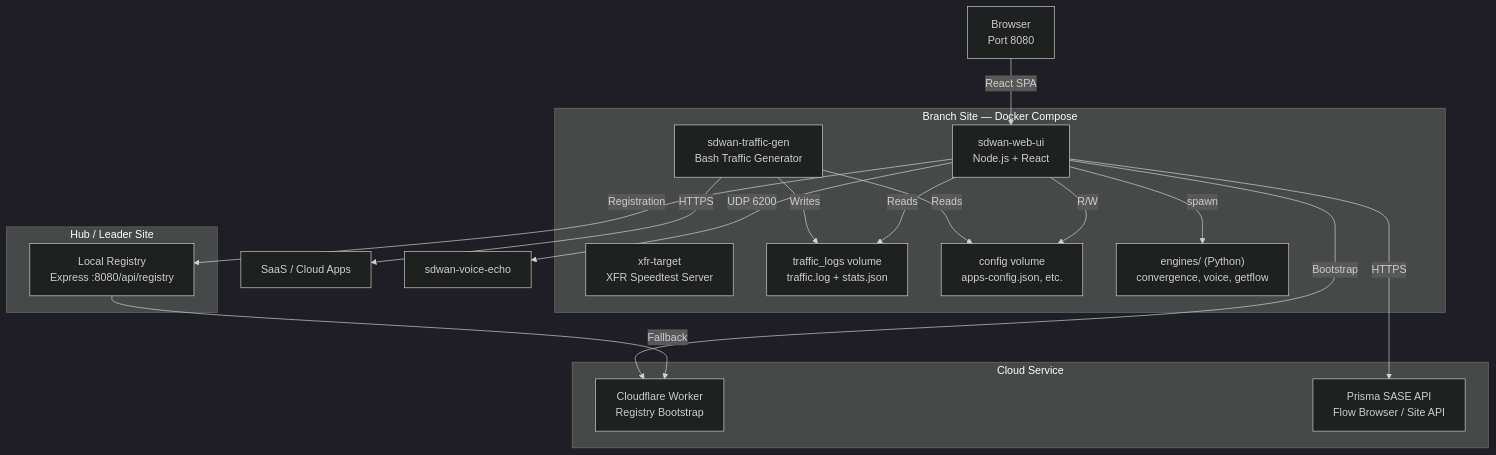
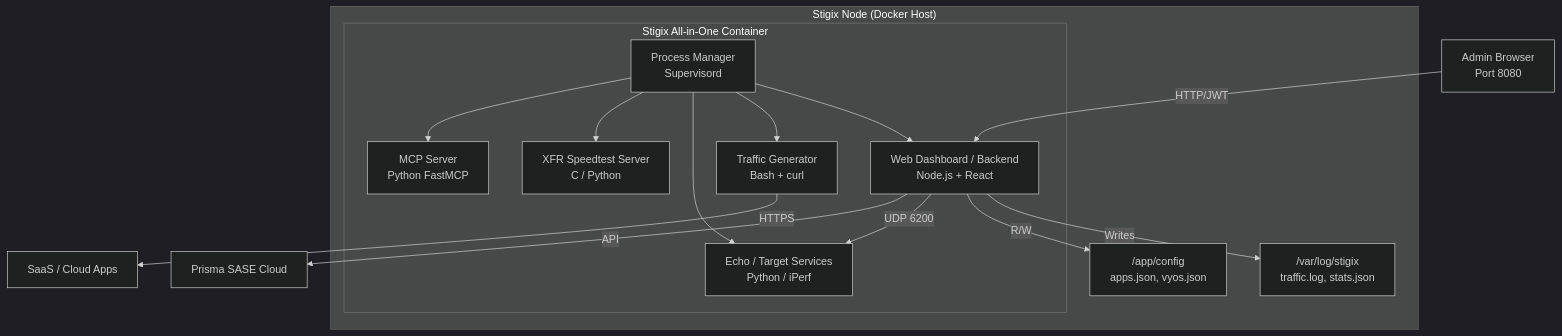
One commit to jsuzanne/stigix changed the diagram in SPECIFICATION.md. Above: the diagram before and after it, drawn with Mermaid (dark theme). The commit also changed other lines of this file and 25 other files, not shown here.

First line of the commit message:
v1.2.1-patch.248: feat: All-in-One deployment and UX refinements

````diff
--- a/SPECIFICATION.md
+++ b/SPECIFICATION.md
@@ -42,31 +39,27 @@
 ```mermaid
 graph TB
-    subgraph "Branch Site — Docker Compose"
-        TG["sdwan-traffic-gen\nBash Traffic Generator"]
-        WEB["sdwan-web-ui\nNode.js + React"]
-        XFR["xfr-target\nXFR Speedtest Server"]
+    subgraph "Stigix Node (Docker Host)"
+        subgraph "Stigix All-in-One Container"
+            WEB["Web Dashboard / Backend\nNode.js + React"]
+            TG["Traffic Generator\nBash + curl"]
+            ECHO["Echo / Target Services\nPython / iPerf"]
+            XFR["XFR Speedtest Server\nC / Python"]
+            MCP["MCP Server\nPython FastMCP"]
+            
+            SUPER["Process Manager\nSupervisord"]
+            SUPER --> WEB
+            SUPER --> TG
+            SUPER --> ECHO
+            SUPER --> XFR
+            SUPER --> MCP
+        end
 
-        TG -->|Writes| LOGS["traffic_logs volume\ntraffic.log + stats.json"]
-        TG -->|Reads| CONF["config volume\napps-config.json, etc."]
-        WEB -->|Reads| LOGS
-        WEB -->|R/W| CONF
-        WEB -->|spawn| ENG["engines/ (Python)\nconvergence, voice, getflow"]
+        WEB -->|Writes| LOGS["/var/log/stigix\ntraffic.log, stats.json"]
+        WEB -->|R/W| CONF["/app/config\napps.json, vyos.json"]
     end
 
-    subgraph "Hub / Leader Site"
-        REG["Local Registry\nExpress :8080/api/registry"]
-    end
-
-    subgraph "Cloud Service"
-        CF["Cloudflare Worker\nRegistry Bootstrap"]
-        PSASE["Prisma SASE API\nFlow Browser / Site API"]
-    end
-
-    USER["Browser\nPort 8080"] -->|React SPA| WEB
-    WEB -->|Bootstrap| CF
-    WEB -->|Registration| REG
-    REG -->|Fallback| CF
+    USER["Admin Browser\nPort 8080"] -->|HTTP/JWT| WEB
     TG -->|HTTPS| INTERNET["SaaS / Cloud Apps"]
-    WEB -->|UDP 6200| ECHO["sdwan-voice-echo"]
-    WEB -->|HTTPS| PSASE
+    WEB -->|UDP 6200| ECHO
+    WEB -->|API| PRISMA["Prisma SASE Cloud"]
 ```
````
